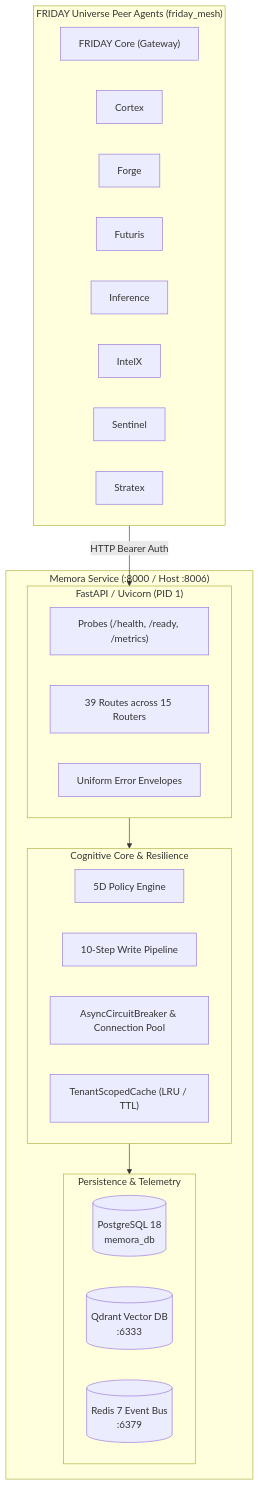
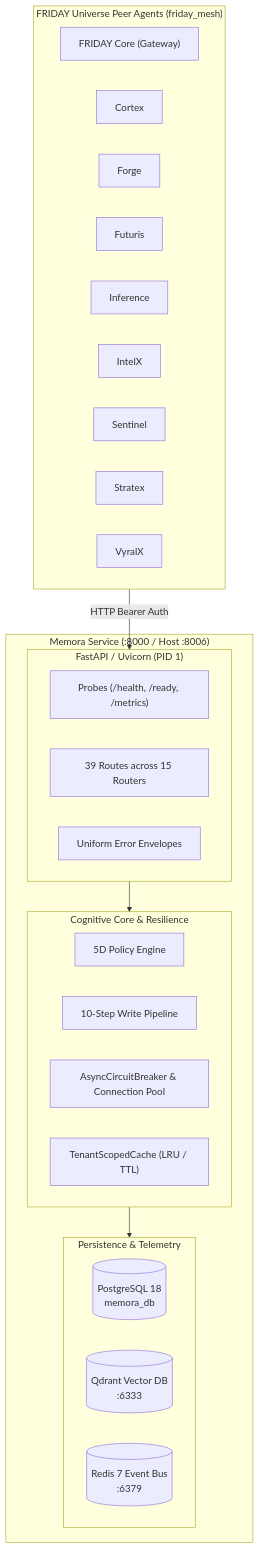
Before and after one commit to surendra2304/Memora: the diagram in README.md, drawn with Mermaid. The commit also changed other lines of this file, not shown here.

Commit message:
Document VyralX Memora authentication and bootstrap

````diff
--- a/README.md
+++ b/README.md
@@ -33,38 +41,39 @@
 ```mermaid
 flowchart TD
     subgraph Agents ["FRIDAY Universe Peer Agents (friday_mesh)"]
         FRIDAY["FRIDAY Core (Gateway)"]
         CORTEX["Cortex"]
         FORGE["Forge"]
         FUTURIS["Futuris"]
         INFERENCE["Inference"]
         INTELX["IntelX"]
         SENTINEL["Sentinel"]
         STRATEX["Stratex"]
+        VYRALX["VyralX"]
     end
 
     subgraph MemoraService ["Memora Service (:8000 / Host :8006)"]
         subgraph APILayer ["FastAPI / Uvicorn (PID 1)"]
             PROBES["Probes (/health, /ready, /metrics)"]
             ROUTERS["39 Routes across 15 Routers"]
             ENVELOPE["Uniform Error Envelopes"]
         end
 
         subgraph CoreEngine ["Cognitive Core & Resilience"]
             POLICY["5D Policy Engine"]
             PIPELINE["10-Step Write Pipeline"]
             BREAKER["AsyncCircuitBreaker & Connection Pool"]
             CACHE["TenantScopedCache (LRU / TTL)"]
         end
 
         subgraph StorageLayer ["Persistence & Telemetry"]
             POSTGRES[("PostgreSQL 18\nmemora_db")]
             QDRANT[("Qdrant Vector DB\n:6333")]
             REDIS[("Redis 7 Event Bus\n:6379")]
         end
     end
 
     Agents -->|"HTTP Bearer Auth"| APILayer
     APILayer --> CoreEngine
     CoreEngine --> StorageLayer
 ```
````
